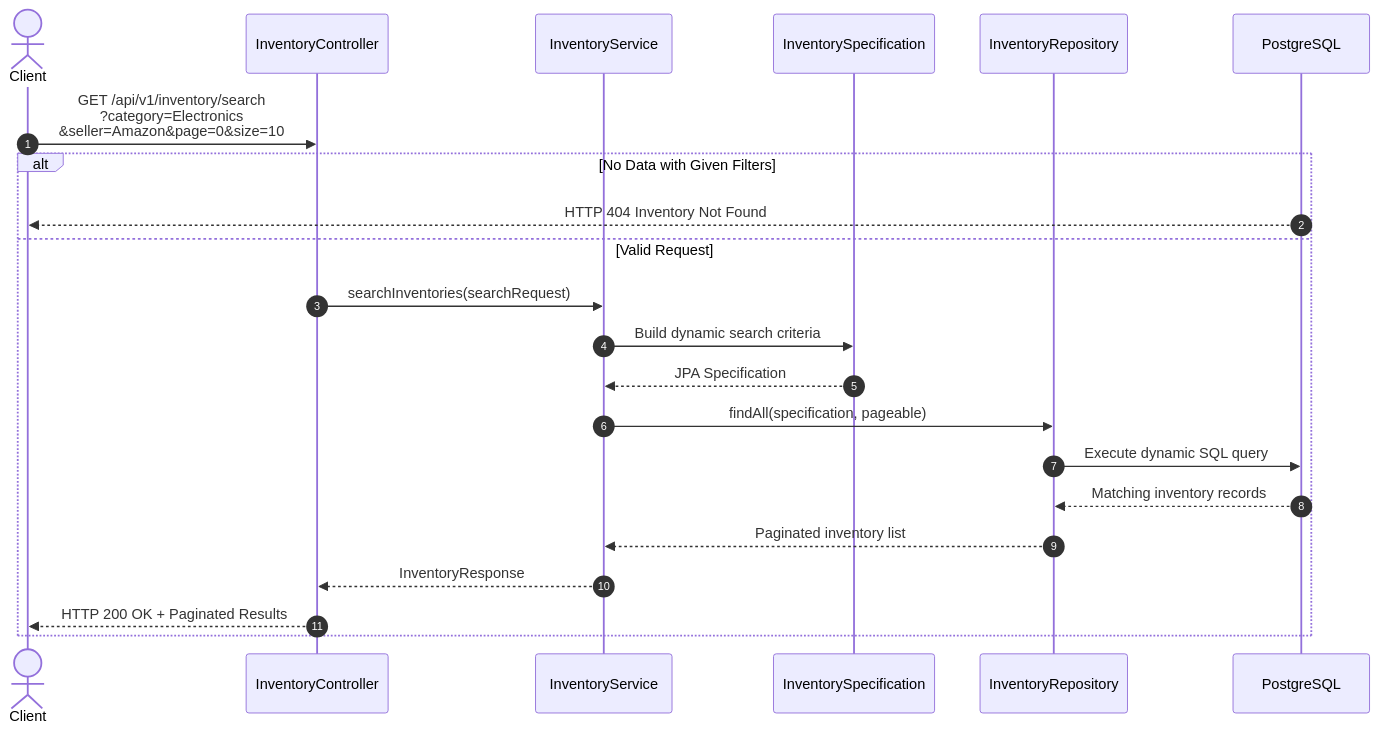
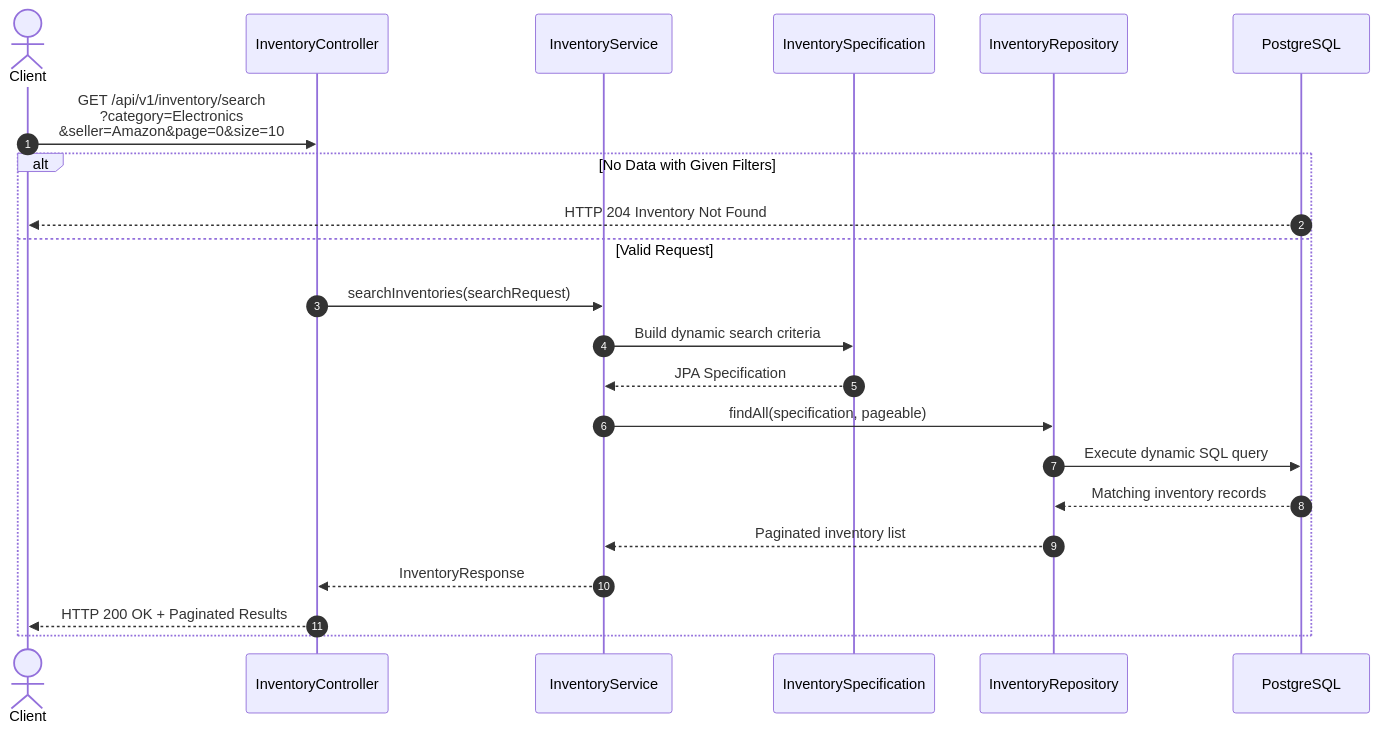
Before and after one commit to chaitanya-naralasetti-19/inventory-management-service: the first of 2 diagrams in README.md, drawn with Mermaid. The commit also changed 1 other file, not shown here.

Commit message:
updated http method

````diff
--- a/README.md
+++ b/README.md
@@ -18,35 +18,35 @@
 ```mermaid
 sequenceDiagram
     autonumber
 
     actor Client
     participant Controller as InventoryController
     participant Service as InventoryService
     participant Spec as InventorySpecification
     participant Repo as InventoryRepository
     participant DB as PostgreSQL
 
     Client->>Controller: GET /api/v1/inventory/search<br/>?category=Electronics<br/>&seller=Amazon&page=0&size=10
 
     alt No Data with Given Filters
-        DB-->>Client: HTTP 404 Inventory Not Found
+        DB-->>Client: HTTP 204 Inventory Not Found
     else Valid Request
         Controller->>Service: searchInventories(searchRequest)
 
         Service->>Spec: Build dynamic search criteria
 
         Spec-->>Service: JPA Specification
 
         Service->>Repo: findAll(specification, pageable)
 
         Repo->>DB: Execute dynamic SQL query
 
         DB-->>Repo: Matching inventory records
 
         Repo-->>Service: Paginated inventory list
 
         Service-->>Controller: InventoryResponse
 
         Controller-->>Client: HTTP 200 OK + Paginated Results
     end
 ```
````
